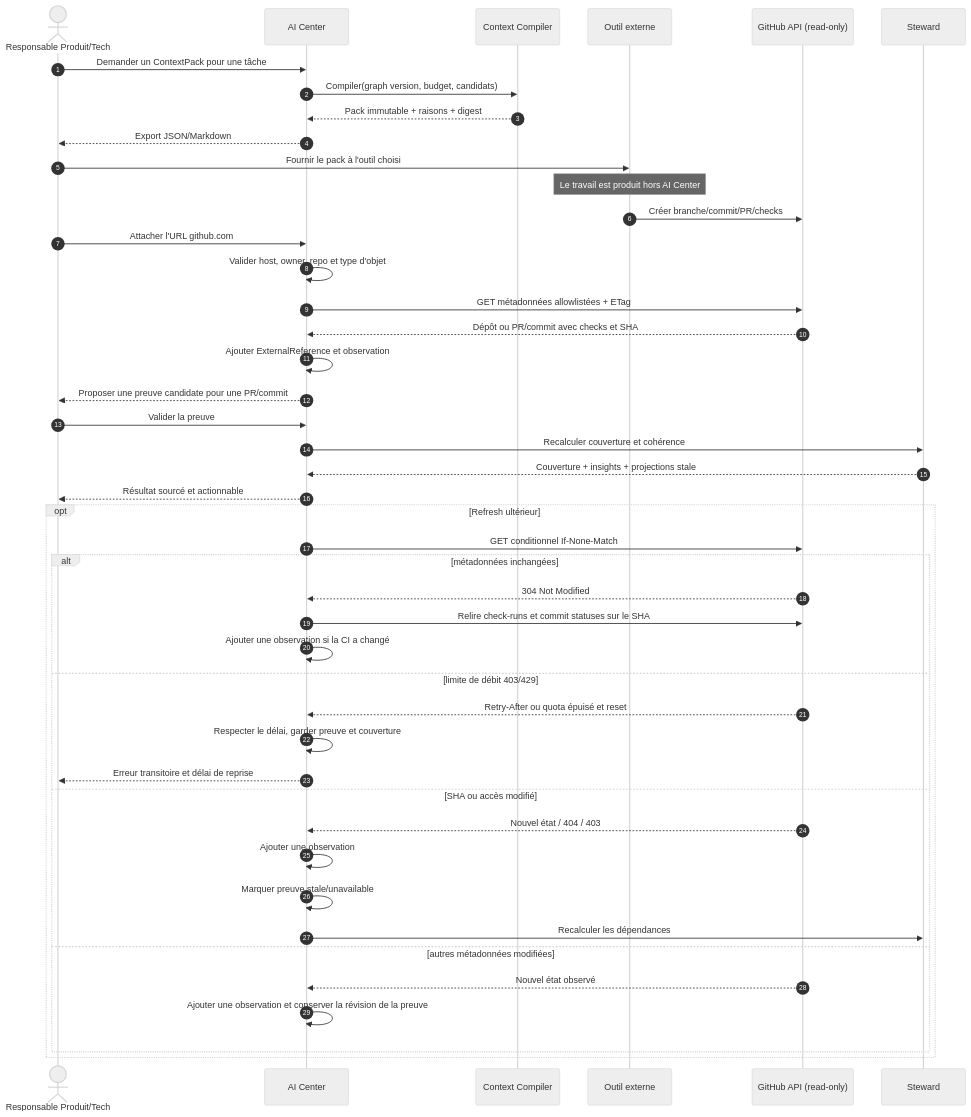
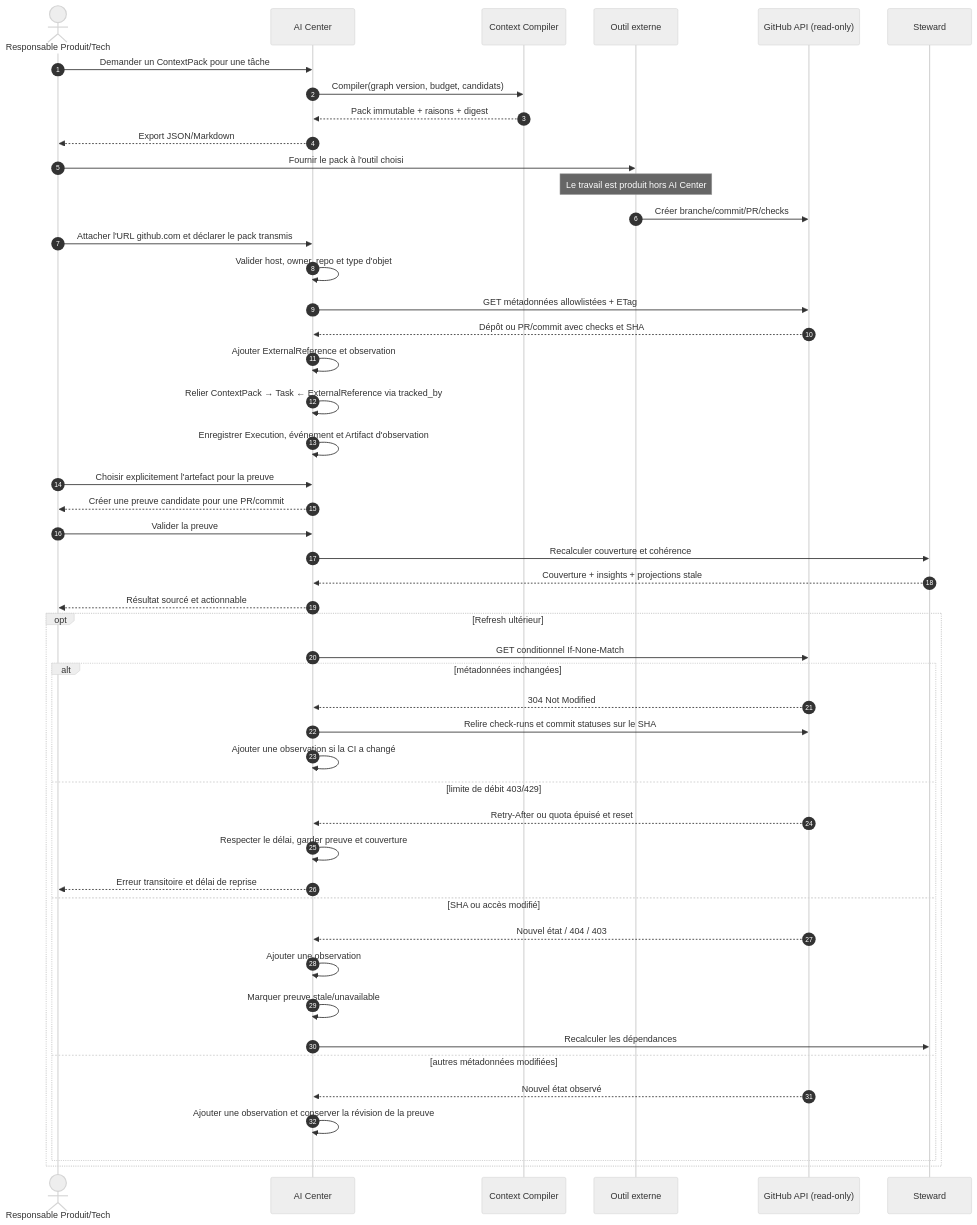
One commit to gneed49/ai-center changed the diagram in docs/architecture/external-proof-sequence.md. Above: the diagram before and after it, drawn with Mermaid (neutral theme). The commit also changed other lines of this file and 13 other files, not shown here.

Commit message:
feat: trace declared ContextPacks through external proof artifacts

````diff
--- a/docs/architecture/external-proof-sequence.md
+++ b/docs/architecture/external-proof-sequence.md
@@ -3,49 +3,52 @@
 ```mermaid
 sequenceDiagram
     autonumber
     actor U as Responsable Produit/Tech
     participant A as AI Center
     participant C as Context Compiler
     participant T as Outil externe
     participant G as GitHub API (read-only)
     participant S as Steward
 
     U->>A: Demander un ContextPack pour une tâche
     A->>C: Compiler(graph version, budget, candidats)
     C-->>A: Pack immutable + raisons + digest
     A-->>U: Export JSON/Markdown
     U->>T: Fournir le pack à l'outil choisi
     Note over T: Le travail est produit hors AI Center
     T->>G: Créer branche/commit/PR/checks
-    U->>A: Attacher l'URL github.com
+    U->>A: Attacher l'URL github.com et déclarer le pack transmis
     A->>A: Valider host, owner, repo et type d'objet
     A->>G: GET métadonnées allowlistées + ETag
     G-->>A: Dépôt ou PR/commit avec checks et SHA
     A->>A: Ajouter ExternalReference et observation
-    A-->>U: Proposer une preuve candidate pour une PR/commit
+    A->>A: Relier ContextPack → Task ← ExternalReference via tracked_by
+    A->>A: Enregistrer Execution, événement et Artifact d'observation
+    U->>A: Choisir explicitement l'artefact pour la preuve
+    A-->>U: Créer une preuve candidate pour une PR/commit
     U->>A: Valider la preuve
     A->>S: Recalculer couverture et cohérence
     S-->>A: Couverture + insights + projections stale
     A-->>U: Résultat sourcé et actionnable
 
     opt Refresh ultérieur
         A->>G: GET conditionnel If-None-Match
         alt métadonnées inchangées
             G-->>A: 304 Not Modified
             A->>G: Relire check-runs et commit statuses sur le SHA
             A->>A: Ajouter une observation si la CI a changé
         else limite de débit 403/429
             G-->>A: Retry-After ou quota épuisé et reset
             A->>A: Respecter le délai, garder preuve et couverture
             A-->>U: Erreur transitoire et délai de reprise
         else SHA ou accès modifié
             G-->>A: Nouvel état / 404 / 403
             A->>A: Ajouter une observation
             A->>A: Marquer preuve stale/unavailable
             A->>S: Recalculer les dépendances
         else autres métadonnées modifiées
             G-->>A: Nouvel état observé
             A->>A: Ajouter une observation et conserver la révision de la preuve
         end
     end
 ```
````
